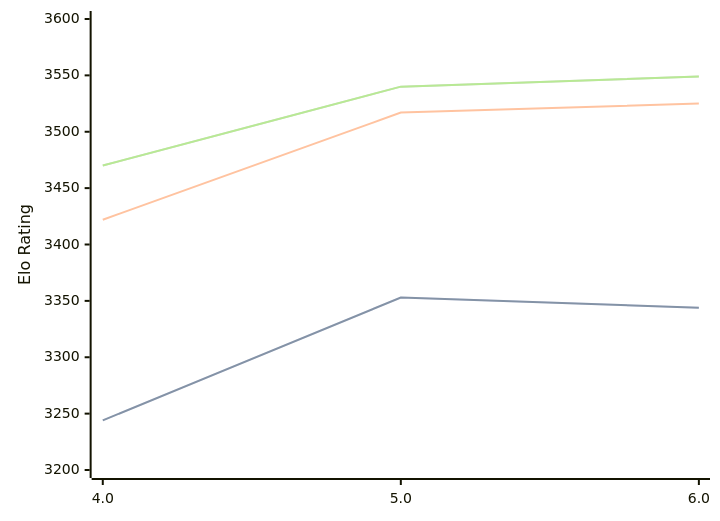
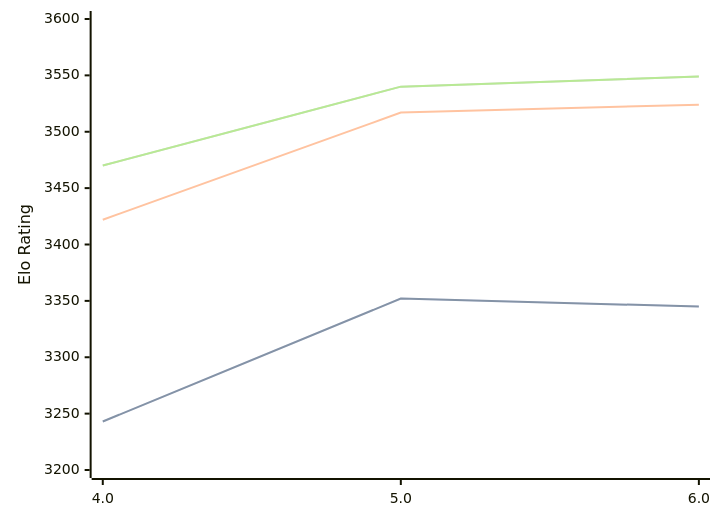
Before and after one commit to computer-chess-index/cci: the diagram in engines/Tarnished.md, drawn with Mermaid. The commit also changed other lines of this file, not shown here.

````diff
--- a/engines/Tarnished.md
+++ b/engines/Tarnished.md
@@ -37,11 +37,11 @@
 ```mermaid
 %%{init: {"theme":"base","themeVariables":{"seriesColors:['#a3a3a3','#222221','#faa371']}}}%%
 xychart-beta
   x-axis ["4.0", "5.0", "6.0"]
   y-axis "Elo Rating" 3200 --> 3600
-  line "STC (8.0+0.08s)" [3244, 3353, 3344]
-  line "STC (8.0+0.08s)" [3244, 3353, 3344]
-  line "LTC (60.0+0.60s)" [3422, 3517, 3525]
+  line "STC (8.0+0.08s)" [3243, 3352, 3345]
+  line "STC (8.0+0.08s)" [3243, 3352, 3345]
+  line "LTC (60.0+0.60s)" [3422, 3517, 3524]
   line "VLTC (2m24s+1.12s)" [3470, 3540, 3549]
   line "VLTC (2m24s+1.12s)" [3470, 3540, 3549]
 ```
````
